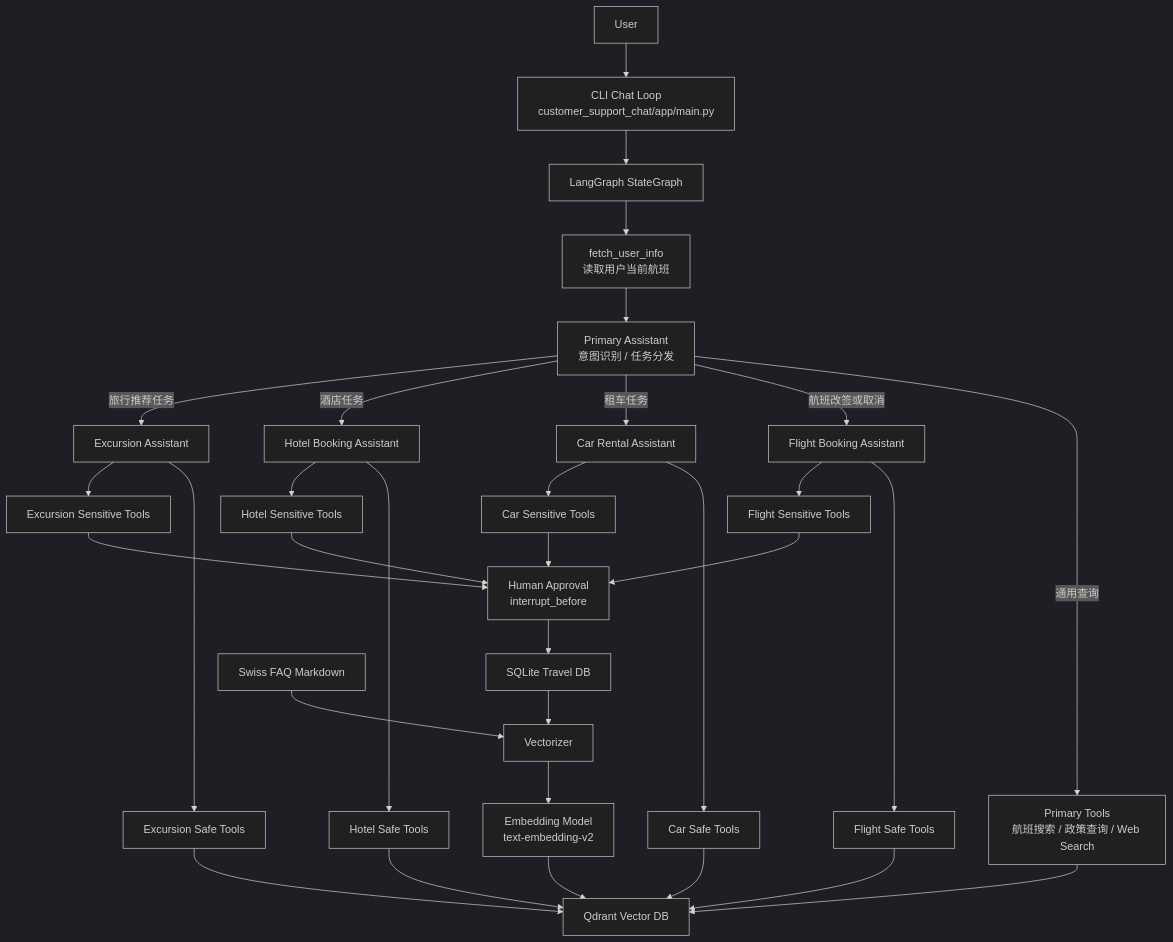
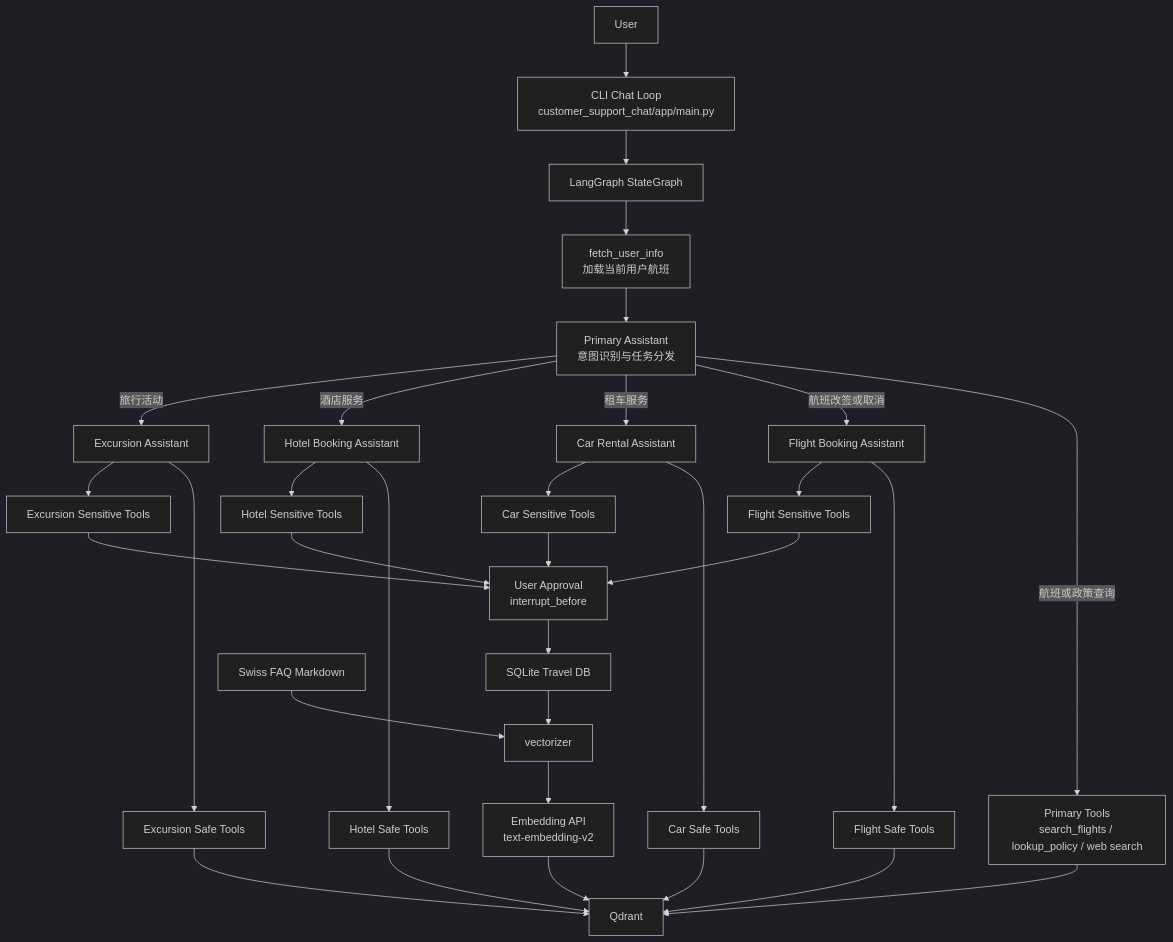
The diagram in README.md (Oran9el/TravelPilot), drawn with Mermaid (dark theme) before and after one commit. The commit also changed other lines of this file, not shown here.

````diff
--- a/README.md
+++ b/README.md
@@ -55,39 +43,38 @@
 ```mermaid
 flowchart TD
     U["User"] --> CLI["CLI Chat Loop<br/>customer_support_chat/app/main.py"]
     CLI --> G["LangGraph StateGraph"]
-    G --> INFO["fetch_user_info<br/>读取用户当前航班"]
-    INFO --> PA["Primary Assistant<br/>意图识别 / 任务分发"]
+    G --> INFO["fetch_user_info<br/>加载当前用户航班"]
+    INFO --> PA["Primary Assistant<br/>意图识别与任务分发"]
 
-    PA -->|通用查询| PT["Primary Tools<br/>航班搜索 / 政策查询 / Web Search"]
+    PA -->|航班或政策查询| PT["Primary Tools<br/>search_flights / lookup_policy / web search"]
     PA -->|航班改签或取消| FA["Flight Booking Assistant"]
-    PA -->|租车任务| CA["Car Rental Assistant"]
-    PA -->|酒店任务| HA["Hotel Booking Assistant"]
-    PA -->|旅行推荐任务| EA["Excursion Assistant"]
+    PA -->|租车服务| CA["Car Rental Assistant"]
+    PA -->|酒店服务| HA["Hotel Booking Assistant"]
+    PA -->|旅行活动| EA["Excursion Assistant"]
 
-    FA --> FST["Flight Safe Tools"]
-    FA --> FSE["Flight Sensitive Tools"]
-    CA --> CST["Car Safe Tools"]
-    CA --> CSE["Car Sensitive Tools"]
-    HA --> HST["Hotel Safe Tools"]
-    HA --> HSE["Hotel Sensitive Tools"]
-    EA --> EST["Excursion Safe Tools"]
-    EA --> ESE["Excursion Sensitive Tools"]
-
-    FST --> Q["Qdrant Vector DB"]
-    CST --> Q
-    HST --> Q
-    EST --> Q
+    FA --> FQ["Flight Safe Tools"]
+    CA --> CQ["Car Safe Tools"]
+    HA --> HQ["Hotel Safe Tools"]
+    EA --> EQ["Excursion Safe Tools"]
+    FQ --> Q["Qdrant"]
+    CQ --> Q
+    HQ --> Q
+    EQ --> Q
     PT --> Q
 
-    FSE --> APPROVAL["Human Approval<br/>interrupt_before"]
-    CSE --> APPROVAL
-    HSE --> APPROVAL
-    ESE --> APPROVAL
+    FA --> FW["Flight Sensitive Tools"]
+    CA --> CW["Car Sensitive Tools"]
+    HA --> HW["Hotel Sensitive Tools"]
+    EA --> EW["Excursion Sensitive Tools"]
+    FW --> APPROVAL["User Approval<br/>interrupt_before"]
+    CW --> APPROVAL
+    HW --> APPROVAL
+    EW --> APPROVAL
     APPROVAL --> DB["SQLite Travel DB"]
 
-    V["Vectorizer"] --> E["Embedding Model<br/>text-embedding-v2"]
-    E --> Q
+    V["vectorizer"] --> EMB["Embedding API<br/>text-embedding-v2"]
+    EMB --> Q
     DB --> V
     FAQ["Swiss FAQ Markdown"] --> V
 ```
````
